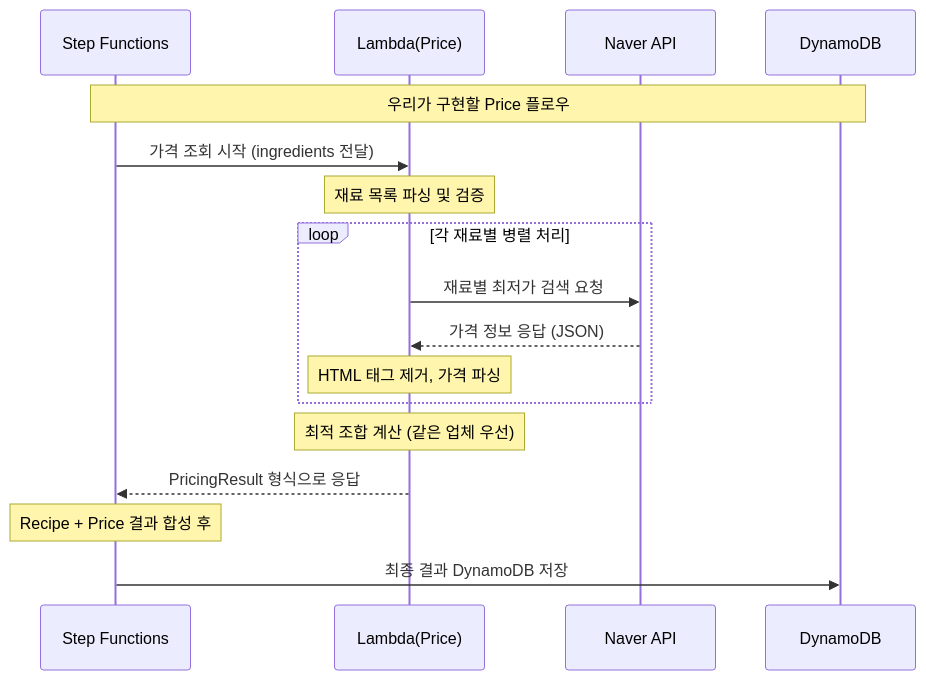
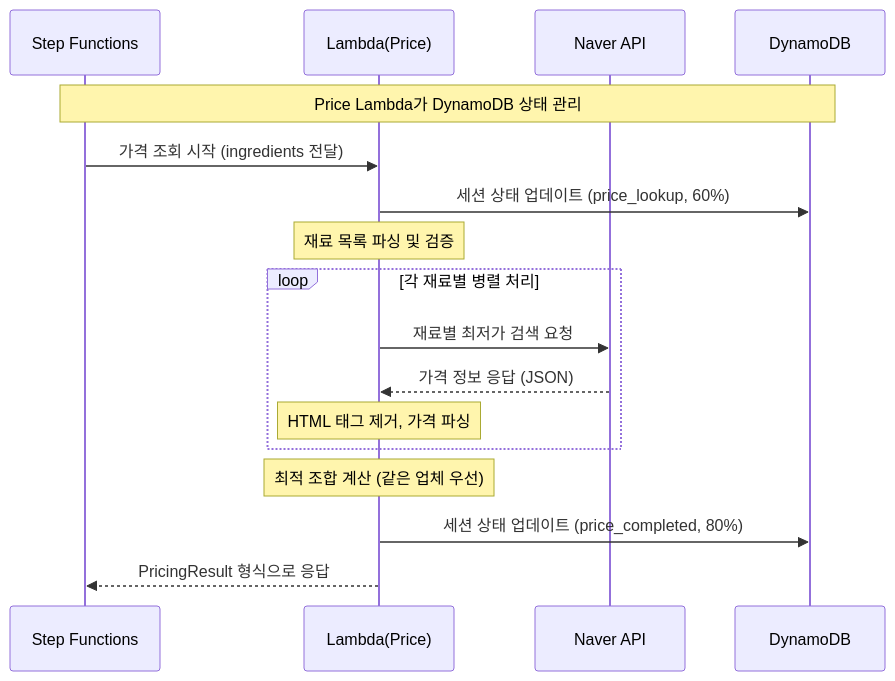
The diagram in docs/backend-specs/lambda/PRICE_LAMBDA_SPEC.md (awsqhackathonXddeokssang/team21-aws-hackathon), drawn with Mermaid before and after one commit. The commit also changed other lines of this file and 9 other files, not shown here.

````diff
--- a/docs/backend-specs/lambda/PRICE_LAMBDA_SPEC.md
+++ b/docs/backend-specs/lambda/PRICE_LAMBDA_SPEC.md
@@ -9,24 +9,24 @@
 ```mermaid
 sequenceDiagram
     participant SF as Step Functions
     participant PL as Lambda(Price)
     participant NA as Naver API
     participant DB as DynamoDB
 
-    Note over SF, DB: 우리가 구현할 Price 플로우
+    Note over SF, DB: Price Lambda가 DynamoDB 상태 관리
     
     SF->>PL: 가격 조회 시작 (ingredients 전달)
+    PL->>DB: 세션 상태 업데이트 (price_lookup, 60%)
+    
     Note over PL: 재료 목록 파싱 및 검증
     
     loop 각 재료별 병렬 처리
         PL->>NA: 재료별 최저가 검색 요청
         NA-->>PL: 가격 정보 응답 (JSON)
         Note over PL: HTML 태그 제거, 가격 파싱
     end
     
     Note over PL: 최적 조합 계산 (같은 업체 우선)
+    PL->>DB: 세션 상태 업데이트 (price_completed, 80%)
     PL-->>SF: PricingResult 형식으로 응답
-    
-    Note over SF: Recipe + Price 결과 합성 후
-    SF->>DB: 최종 결과 DynamoDB 저장
 ```
````
